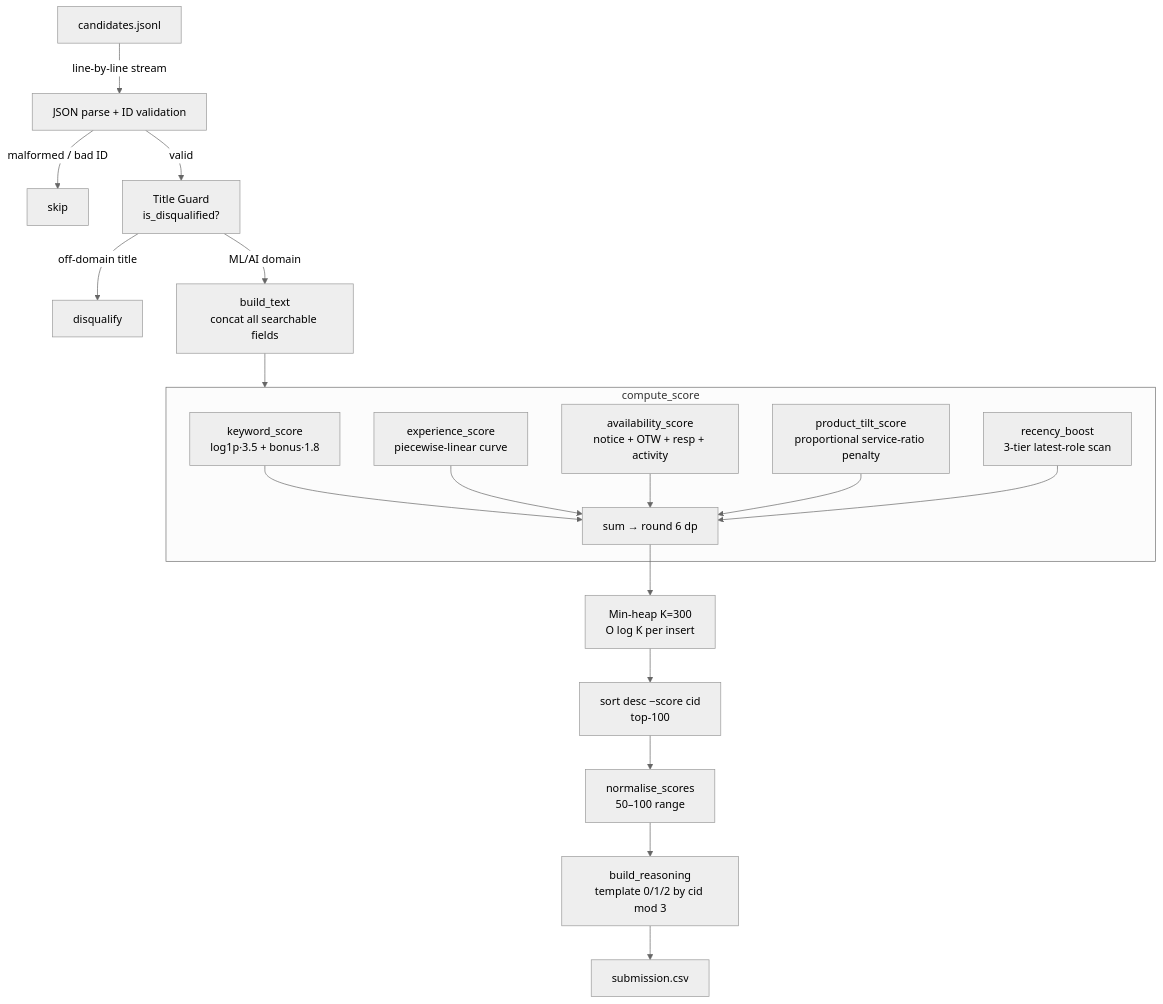
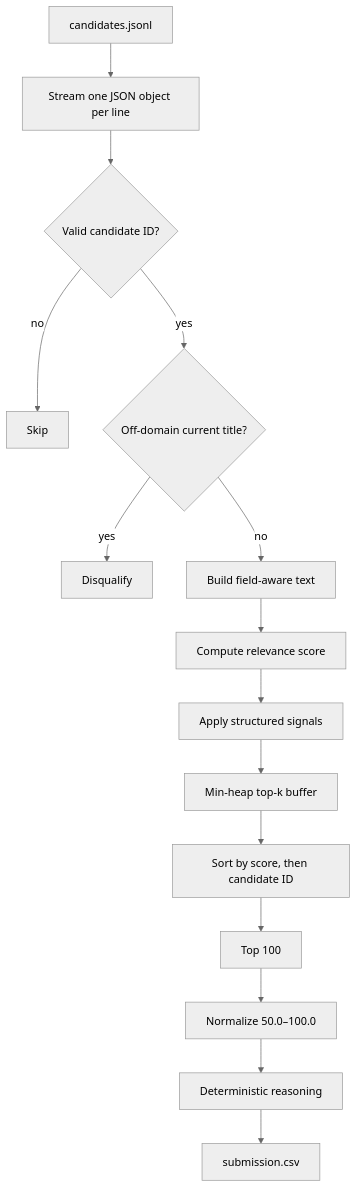
Before and after one commit to Yashsh101/redrob-ranker: the diagram in README.md, drawn with Mermaid (neutral theme). The commit also changed other lines of this file and 4 other files, not shown here.

````diff
--- a/README.md
+++ b/README.md
@@ -24,24 +32,17 @@
 ```mermaid
 flowchart TD
-    A[candidates.jsonl] -->|line-by-line stream| B[JSON parse + ID validation]
-    B -->|malformed / bad ID| X1[skip]
-    B -->|valid| C[Title Guard\nis_disqualified?]
-    C -->|off-domain title| X2[disqualify]
-    C -->|ML/AI domain| D[build_text\nconcat all searchable fields]
-    D --> E[compute_score]
-
-    subgraph E[compute_score]
-        E1[keyword_score\nlog1p·3.5 + bonus·1.8]
-        E2[experience_score\npiecewise-linear curve]
-        E3[availability_score\nnotice + OTW + resp + activity]
-        E4[product_tilt_score\nproportional service-ratio penalty]
-        E5[recency_boost\n3-tier latest-role scan]
-        E1 & E2 & E3 & E4 & E5 --> ESum[sum → round 6 dp]
-    end
-
-    ESum --> F[Min-heap K=300\nO log K per insert]
-    F --> G[sort desc −score cid\ntop-100]
-    G --> H[normalise_scores\n50–100 range]
-    H --> I[build_reasoning\ntemplate 0/1/2 by cid mod 3]
-    I --> J[submission.csv]
+    A[candidates.jsonl] --> B[Stream one JSON object per line]
+    B --> C{Valid candidate ID?}
+    C -->|no| X1[Skip]
+    C -->|yes| D{Off-domain current title?}
+    D -->|yes| X2[Disqualify]
+    D -->|no| E[Build field-aware text]
+    E --> F[Compute relevance score]
+    F --> G[Apply structured signals]
+    G --> H[Min-heap top-k buffer]
+    H --> I[Sort by score, then candidate ID]
+    I --> J[Top 100]
+    J --> K[Normalize 50.0–100.0]
+    K --> L[Deterministic reasoning]
+    L --> M[submission.csv]
 ```
````
